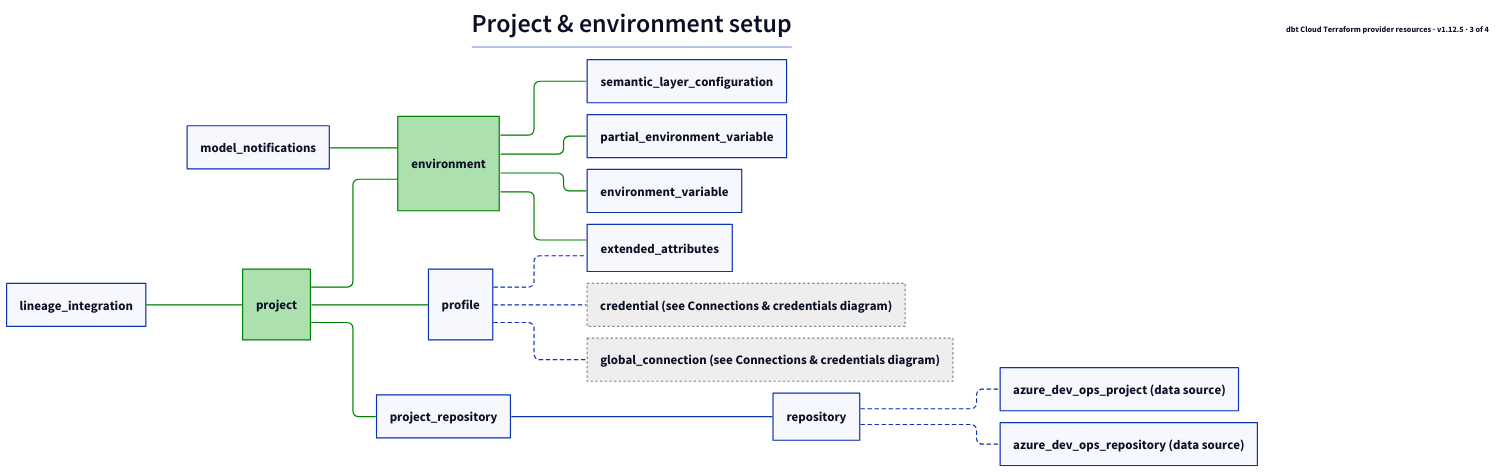
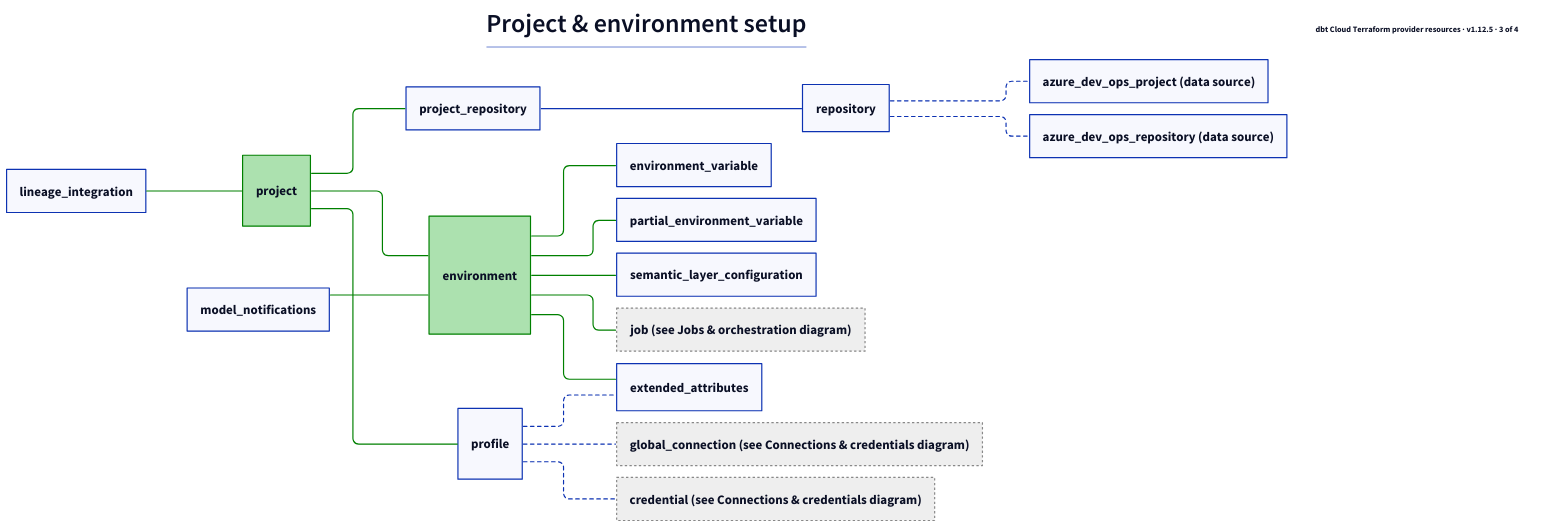
The diagram in terraform_resources_project_environment.d2 (dbt-labs/terraform-provider-dbtcloud), drawn with D2 before and after one commit. The commit also changed 1 other file, not shown here.

Commit message:
Restore job cross-reference in the project & environment diagram
Removing the deprecated project_artefacts resource also removed the
only job stub node in this diagram, silently dropping the (very real,
required) job -> environment relationship from this diagram's view even
though it's still drawn from job's side in the jobs & orchestration
diagram. Re-add the job stub and an environment -- job edge so the
relationship is visible from both diagrams.

```diff
--- a/terraform_resources_project_environment.d2
+++ b/terraform_resources_project_environment.d2
@@ -1,107 +1,111 @@
 vars: {
   d2-config: {
     layout-engine: elk
   }
 }
 
 *.style.font-size: 22
 *.*.style.font-size: 22
 
 title: |md
   # Project & environment setup
 | {near: top-center}
 
 version_note: "dbt Cloud Terraform provider resources · v1.12.5 · 3 of 4" {
   near: top-right
   style: {
     font-size: 14
     stroke: transparent
     fill: transparent
   }
 }
 
 direction: right
 
 classes: {
   external: {
     style: {
       stroke-dash: 2
       stroke: "#888888"
       fill: "#EEEEEE"
     }
   }
 }
 
 global_connection: "global_connection (see Connections & credentials diagram)" {
   class: external
 }
 credential: "credential (see Connections & credentials diagram)" {
+  class: external
+}
+job: "job (see Jobs & orchestration diagram)" {
   class: external
 }
 
 project: {
   style: {
     fill: "#ACE1AF"
     stroke: green
   }
 }
 environment: {
   style: {
     fill: "#ACE1AF"
     stroke: green
   }
 }
 environment_variable
 partial_environment_variable
 extended_attributes
 semantic_layer_configuration
 project_repository
 repository
 azure_dev_ops_project: azure_dev_ops_project (data source)
 azure_dev_ops_repository: azure_dev_ops_repository (data source)
 lineage_integration
 profile
 model_notifications
 
 project -- environment
 project -- project_repository
 lineage_integration -- project
 project_repository -- repository
 repository -- azure_dev_ops_project {
   style: {
     stroke-dash: 3
   }
 }
 repository -- azure_dev_ops_repository {
   style: {
     stroke-dash: 3
   }
 }
 
 environment -- environment_variable
 environment -- partial_environment_variable
 environment -- extended_attributes
 environment -- semantic_layer_configuration
 model_notifications -- environment
+environment -- job
 
 project -- profile
 profile -- global_connection {
   style: {
     stroke-dash: 3
   }
 }
 profile -- credential {
   style: {
     stroke-dash: 3
   }
 }
 profile -- extended_attributes {
   style: {
     stroke-dash: 3
   }
 }
 
 (project -- *)[*].style.stroke: green
 (* -- project)[*].style.stroke: green
 (environment -- *)[*].style.stroke: green
 (* -- environment)[*].style.stroke: green
```
